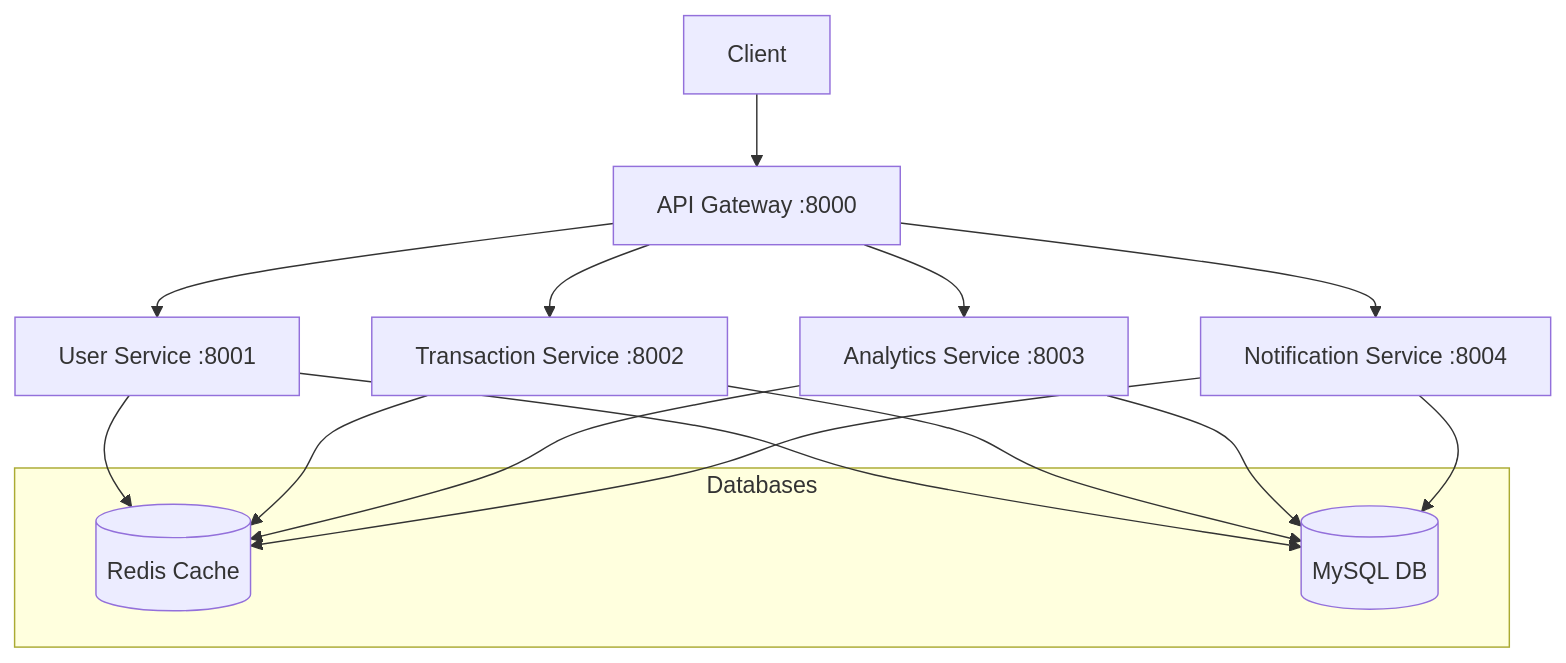
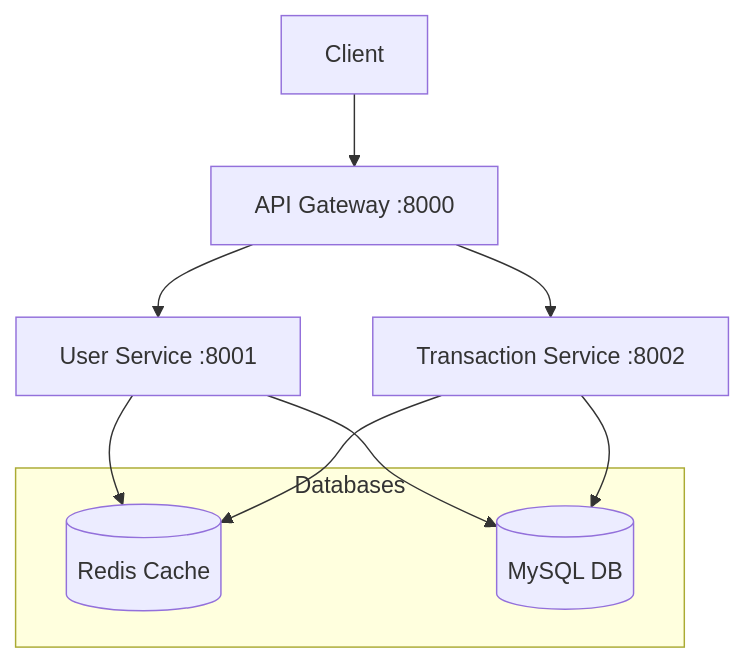
One commit to HyWChoi/cloud-native-- changed the diagram in README.md. Above: the diagram before and after it, drawn with Mermaid.

````diff
--- a/README.md
+++ b/README.md
@@ -8,22 +8,16 @@
 ```mermaid
 graph TB
     Client[Client] --> Gateway[API Gateway :8000]
     Gateway --> US[User Service :8001]
     Gateway --> TS[Transaction Service :8002]
-    Gateway --> AS[Analytics Service :8003]
-    Gateway --> NS[Notification Service :8004]
     
     subgraph Databases
       Redis[(Redis Cache)]
       MySQL[(MySQL DB)]
     end
     
     US --> Redis
     US --> MySQL
     TS --> Redis
     TS --> MySQL
-    AS --> Redis
-    AS --> MySQL
-    NS --> Redis
-    NS --> MySQL
 ```
````
